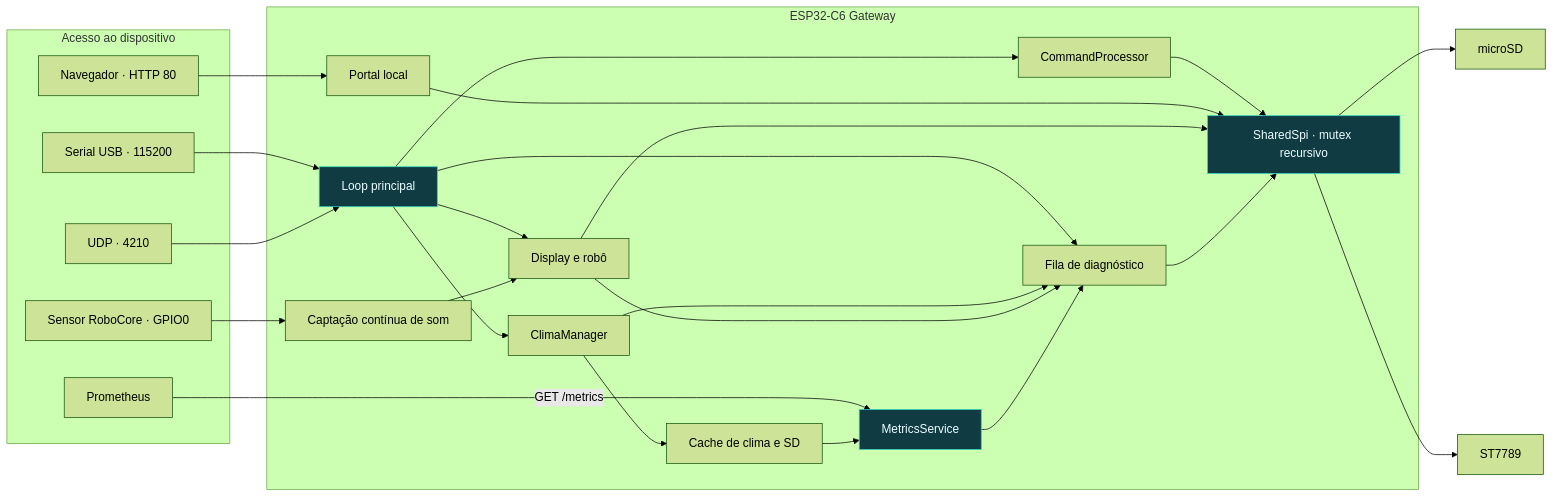
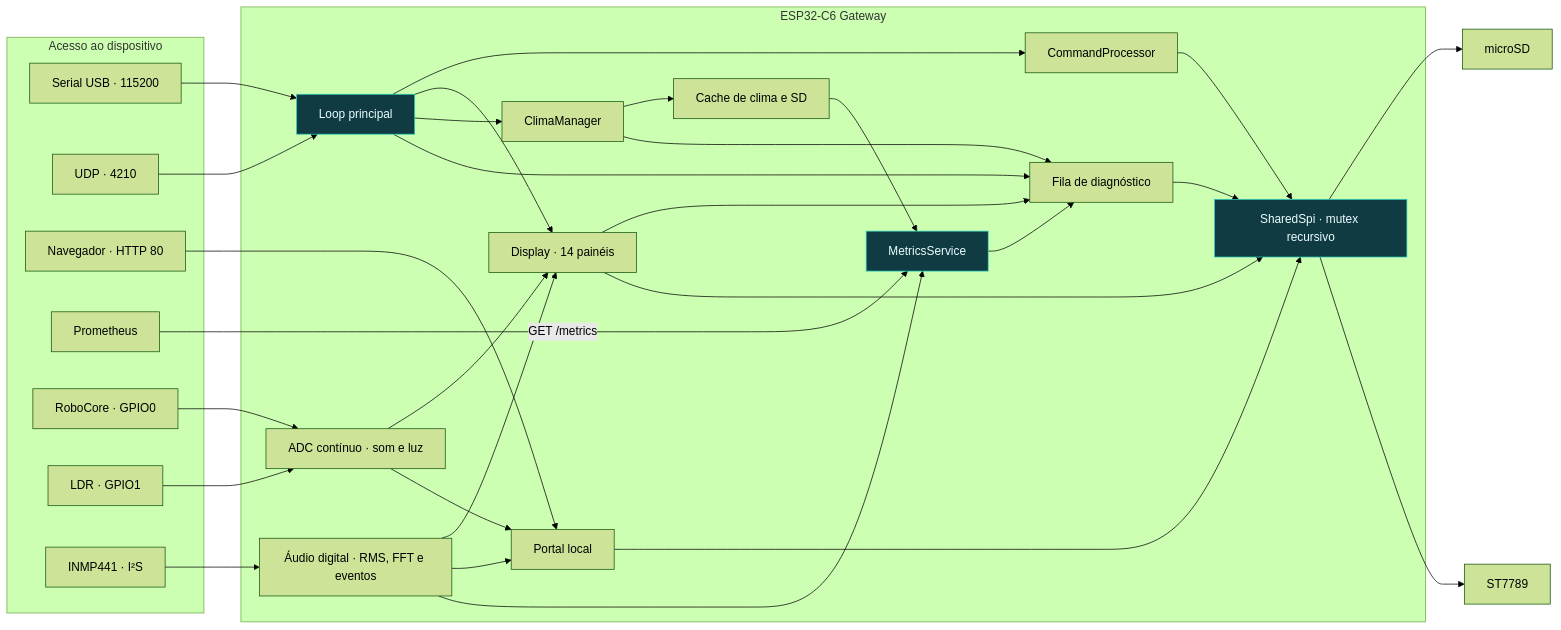
The first of 5 diagrams in README.md (paulocfmarques-collab/esp32C6), drawn with Mermaid (forest theme) before and after one commit. The commit also changed other lines of this file, not shown here.

````diff
--- a/README.md
+++ b/README.md
@@ -110,45 +121,54 @@
 ```mermaid
 flowchart LR
     subgraph Entradas["Acesso ao dispositivo"]
         USB["Serial USB · 115200"]
         UDP["UDP · 4210"]
         WEB["Navegador · HTTP 80"]
         PROM["Prometheus"]
-        MIC["Sensor RoboCore · GPIO0"]
+        MIC["RoboCore · GPIO0"]
+        LIGHT["LDR · GPIO1"]
+        DIGITAL["INMP441 · I²S"]
     end
     subgraph Firmware["ESP32-C6 Gateway"]
         LOOP["Loop principal"]
         CMD["CommandProcessor"]
         PORTAL["Portal local"]
         MET["MetricsService"]
         WEATHER["ClimaManager"]
-        SOUND["Captação contínua de som"]
+        SOUND["ADC contínuo · som e luz"]
+        AUDIO["Áudio digital · RMS, FFT e eventos"]
         CACHE["Cache de clima e SD"]
-        DISPLAY["Display e robô"]
+        DISPLAY["Display · 14 painéis"]
         DIAG["Fila de diagnóstico"]
         SPI["SharedSpi · mutex recursivo"]
     end
     USB --> LOOP
     UDP --> LOOP
     LOOP --> CMD
     WEB --> PORTAL
     PROM -->|"GET /metrics"| MET
     LOOP --> DISPLAY
     LOOP --> WEATHER
     MIC --> SOUND
+    LIGHT --> SOUND
     SOUND --> DISPLAY
+    SOUND --> PORTAL
+    DIGITAL --> AUDIO
+    AUDIO --> DISPLAY
+    AUDIO --> PORTAL
+    AUDIO --> MET
     WEATHER --> CACHE
     CACHE --> MET
     CMD --> SPI
     LOOP --> DIAG
     WEATHER --> DIAG
     DISPLAY --> DIAG
     MET --> DIAG
     PORTAL --> SPI
     DISPLAY --> SPI
     DIAG --> SPI
     SPI --> SD["microSD"]
     SPI --> TFT["ST7789"]
     classDef accent fill:#103b42,stroke:#2dd4bf,color:#ecfeff
     class LOOP,MET,SPI accent
 ```
````
